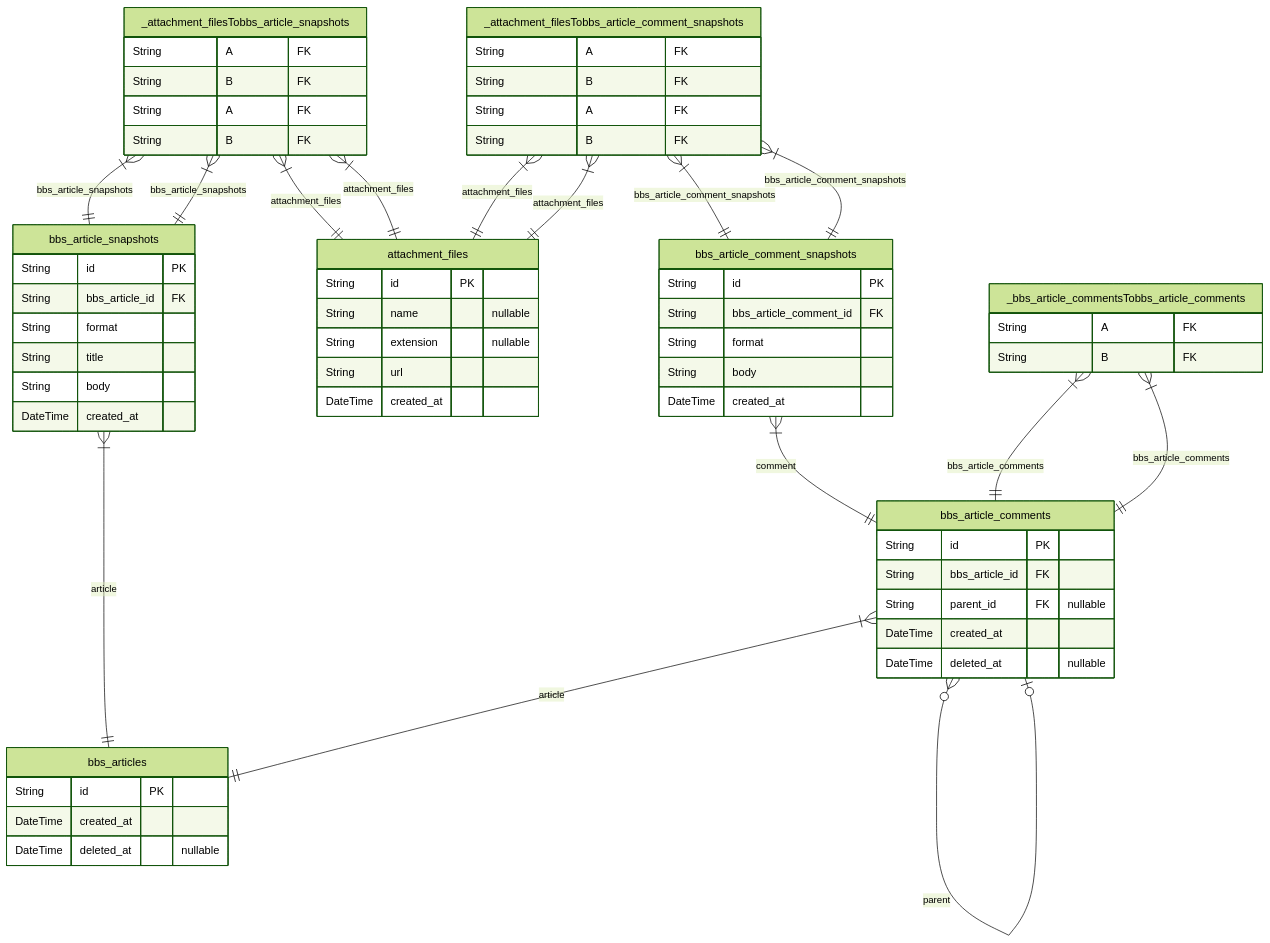
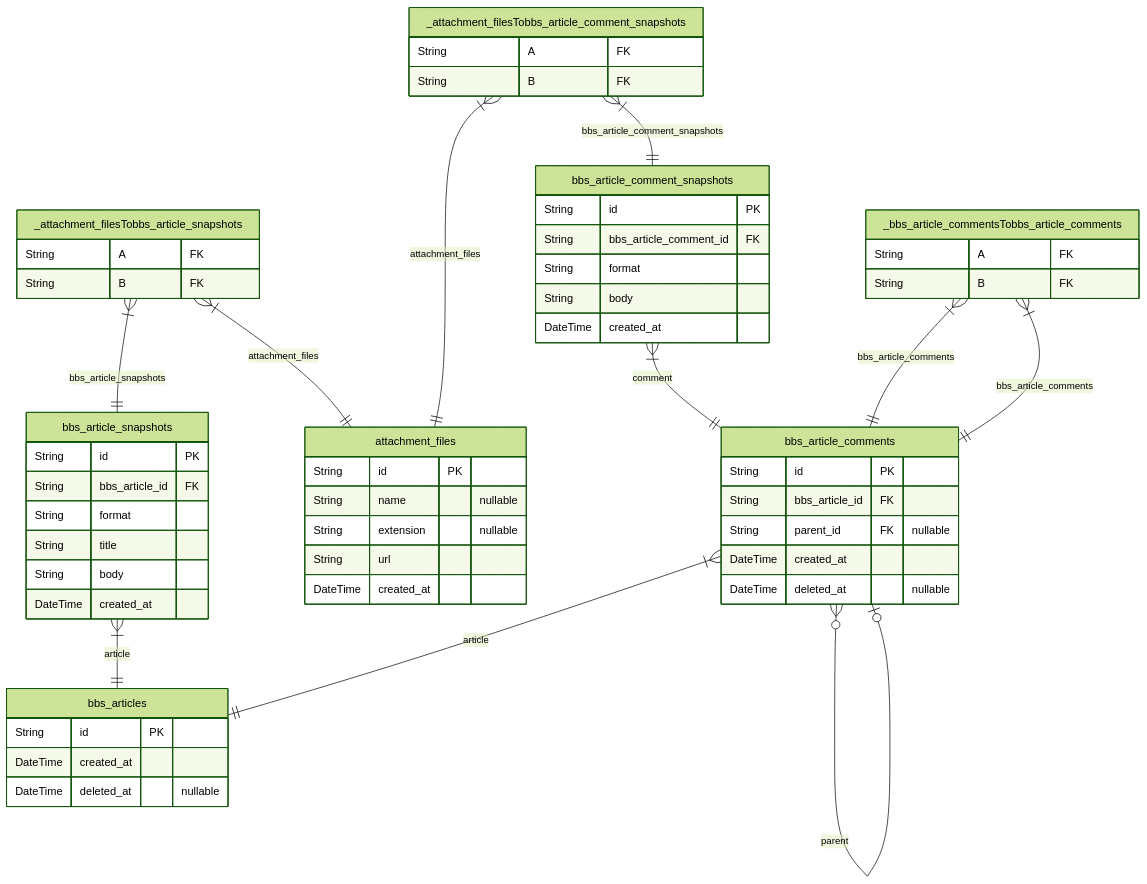
Before and after one commit to samchon/prisma-markdown: the diagram in test/implicit.md, drawn with Mermaid (forest theme). The commit also changed other lines of this file and 2 other files, not shown here.

````diff
--- a/test/implicit.md
+++ b/test/implicit.md
@@ -7,71 +7,59 @@
 ```mermaid
 erDiagram
 "bbs_articles" {
     String id PK
     DateTime created_at
     DateTime deleted_at "nullable"
 }
 "bbs_article_snapshots" {
     String id PK
     String bbs_article_id FK
     String format
     String title
     String body
     DateTime created_at
 }
 "attachment_files" {
     String id PK
     String name "nullable"
     String extension "nullable"
     String url
     DateTime created_at
 }
 "bbs_article_comments" {
     String id PK
     String bbs_article_id FK
     String parent_id FK "nullable"
     DateTime created_at
     DateTime deleted_at "nullable"
 }
 "bbs_article_comment_snapshots" {
     String id PK
     String bbs_article_comment_id FK
     String format
     String body
     DateTime created_at
 }
 "_attachment_filesTobbs_article_snapshots" {
     String A FK
     String B FK
 }
-"_attachment_filesTobbs_article_snapshots" {
-    String A FK
-    String B FK
-}
 "_attachment_filesTobbs_article_comment_snapshots" {
     String A FK
     String B FK
 }
 "_bbs_article_commentsTobbs_article_comments" {
-    String A FK
-    String B FK
-}
-"_attachment_filesTobbs_article_comment_snapshots" {
     String A FK
     String B FK
 }
 "bbs_article_snapshots" }|--|| "bbs_articles" : article
 "bbs_article_comments" }|--|| "bbs_articles" : article
 "bbs_article_comments" }o--o| "bbs_article_comments" : parent
 "bbs_article_comment_snapshots" }|--|| "bbs_article_comments" : comment
 "_attachment_filesTobbs_article_snapshots" }|--|| "attachment_files" : attachment_files
 "_attachment_filesTobbs_article_snapshots" }|--|| "bbs_article_snapshots" : bbs_article_snapshots
-"_attachment_filesTobbs_article_snapshots" }|--|| "attachment_files" : attachment_files
-"_attachment_filesTobbs_article_snapshots" }|--|| "bbs_article_snapshots" : bbs_article_snapshots
 "_attachment_filesTobbs_article_comment_snapshots" }|--|| "attachment_files" : attachment_files
 "_attachment_filesTobbs_article_comment_snapshots" }|--|| "bbs_article_comment_snapshots" : bbs_article_comment_snapshots
 "_bbs_article_commentsTobbs_article_comments" }|--|| "bbs_article_comments" : bbs_article_comments
 "_bbs_article_commentsTobbs_article_comments" }|--|| "bbs_article_comments" : bbs_article_comments
-"_attachment_filesTobbs_article_comment_snapshots" }|--|| "attachment_files" : attachment_files
-"_attachment_filesTobbs_article_comment_snapshots" }|--|| "bbs_article_comment_snapshots" : bbs_article_comment_snapshots
 ```
````
